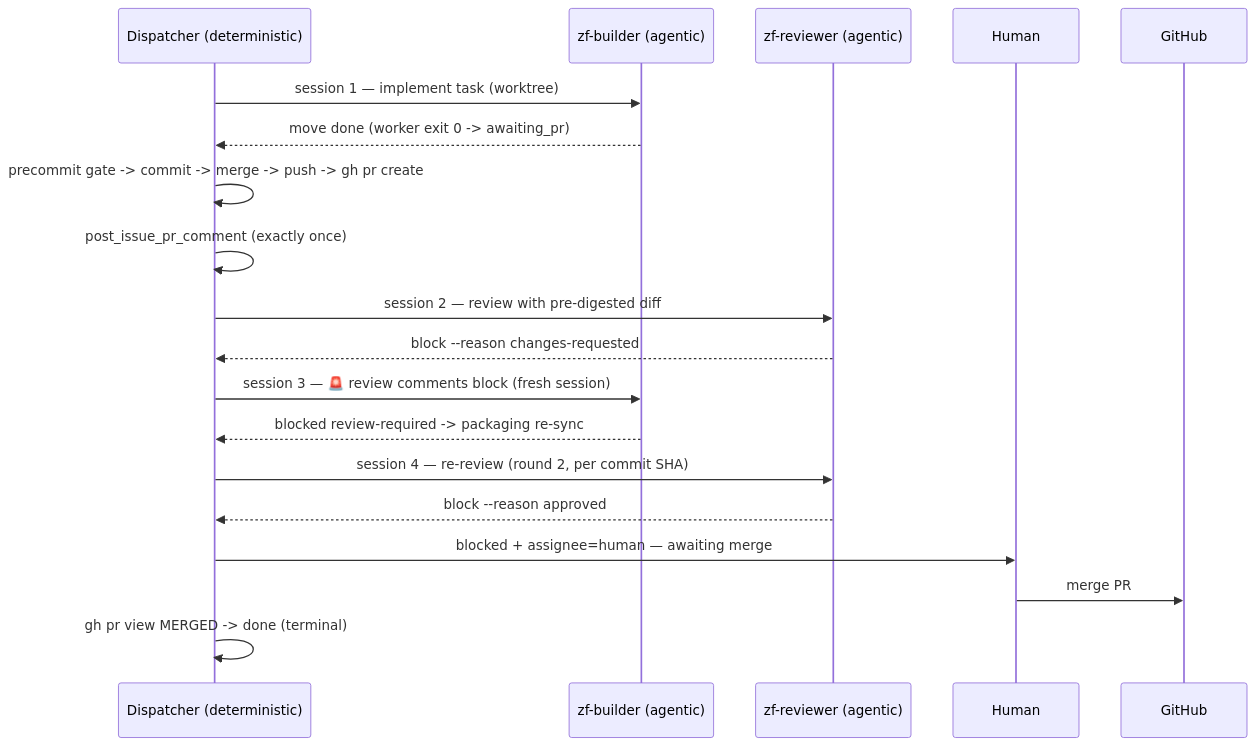
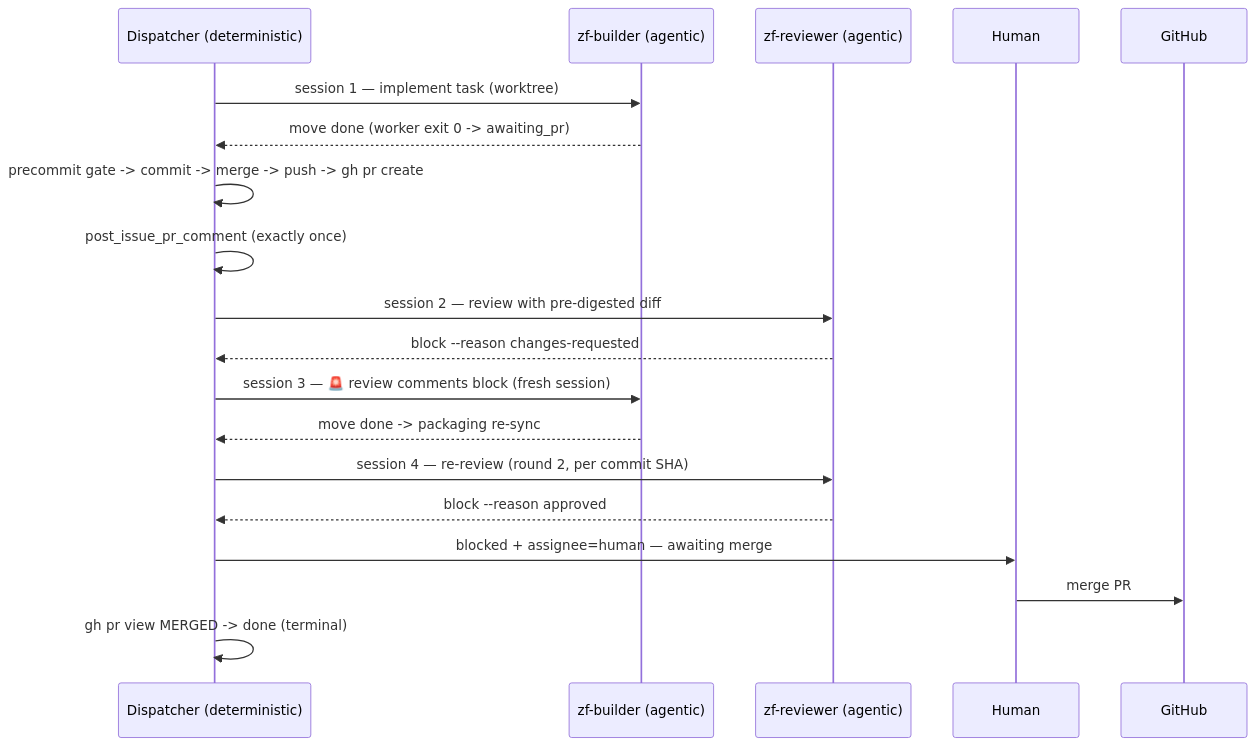
The fifth of 11 diagrams in docs/FLOWS.md (hotcode-dev/zerofactory), drawn with Mermaid before and after one commit. The commit also changed other lines of this file and 4 other files, not shown here.

````diff
--- a/docs/FLOWS.md
+++ b/docs/FLOWS.md
@@ -267,21 +267,21 @@
 ```mermaid
 sequenceDiagram
     participant D as Dispatcher (deterministic)
     participant B as zf-builder (agentic)
     participant R as zf-reviewer (agentic)
     participant H as Human
 
     D->>B: session 1 — implement task (worktree)
     B-->>D: move done (worker exit 0 -> awaiting_pr)
     D->>D: precommit gate -> commit -> merge -> push -> gh pr create
     D->>D: post_issue_pr_comment (exactly once)
     D->>R: session 2 — review with pre-digested diff
     R-->>D: block --reason changes-requested
     D->>B: session 3 — 🚨 review comments block (fresh session)
-    B-->>D: blocked review-required -> packaging re-sync
+    B-->>D: move done -> packaging re-sync
     D->>R: session 4 — re-review (round 2, per commit SHA)
     R-->>D: block --reason approved
     D->>H: blocked + assignee=human — awaiting merge
     H->>GitHub: merge PR
     D->>D: gh pr view MERGED -> done (terminal)
 ```
````
